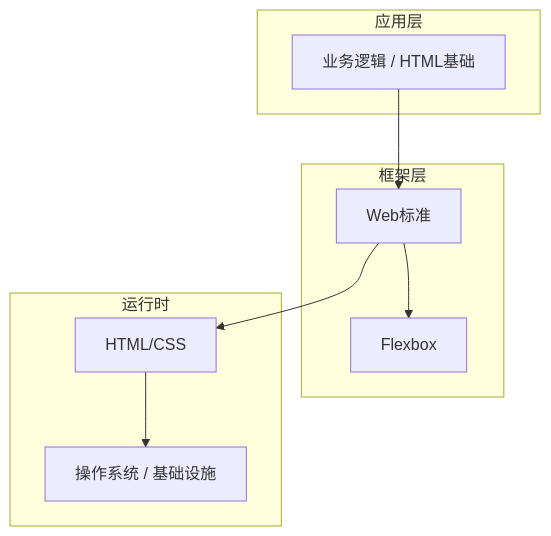
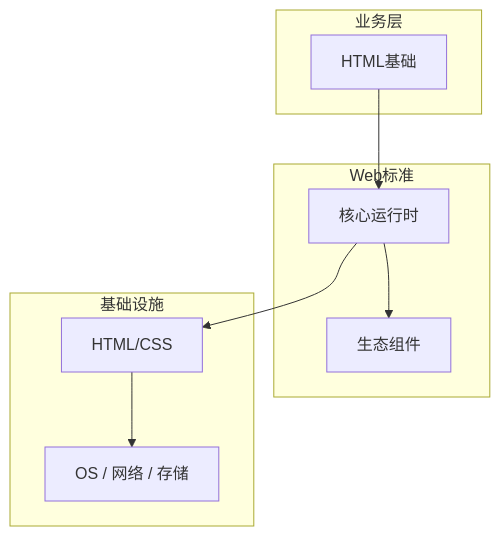
Before and after one commit to yanggan2015/knowledge-json-v2: the diagram in articles/HTML与CSS/chapters/001-HTML基础核心概念与原理.md, drawn with Mermaid. The commit also changed other lines of this file and 10127 other files, not shown here.

````diff
--- a/articles/HTML与CSS/chapters/001-HTML基础核心概念与原理.md
+++ b/articles/HTML与CSS/chapters/001-HTML基础核心概念与原理.md
@@ -45,18 +34,18 @@
 ```mermaid
 graph TB
-    subgraph 应用层
-        A[业务逻辑 / HTML基础]
+    subgraph 业务层
+        A[HTML基础]
     end
-    subgraph 框架层
-        B[Web标准]
-        C[Flexbox]
+    subgraph Web标准
+        B[核心运行时]
+        C[生态组件]
     end
-    subgraph 运行时
+    subgraph 基础设施
         D[HTML/CSS]
-        E[操作系统 / 基础设施]
+        E[OS / 网络 / 存储]
     end
     A --> B
     B --> C
     B --> D
     D --> E
 ```
````
